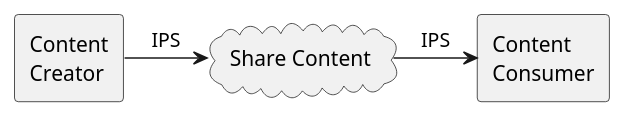
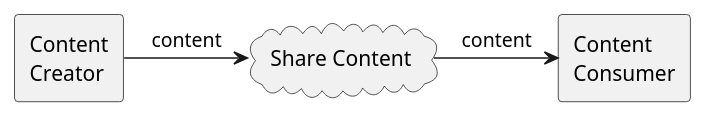
The diagram in input/images-source/docSharing.plantuml (IHE/ITI.sIPS), drawn with PlantUML before and after one commit. The commit also changed 2 other files, not shown here.

```diff
--- a/input/images-source/docSharing.plantuml
+++ b/input/images-source/docSharing.plantuml
@@ -1,8 +1,8 @@
 @startuml
 hide footbox
 agent "Content\nCreator" as Creator
 agent "Content\nConsumer" as Consumer
 cloud "Share Content" as cloud
-Creator -> cloud : IPS
-cloud -> Consumer : IPS
+Creator -> cloud : content
+cloud -> Consumer : content
 @enduml
```
